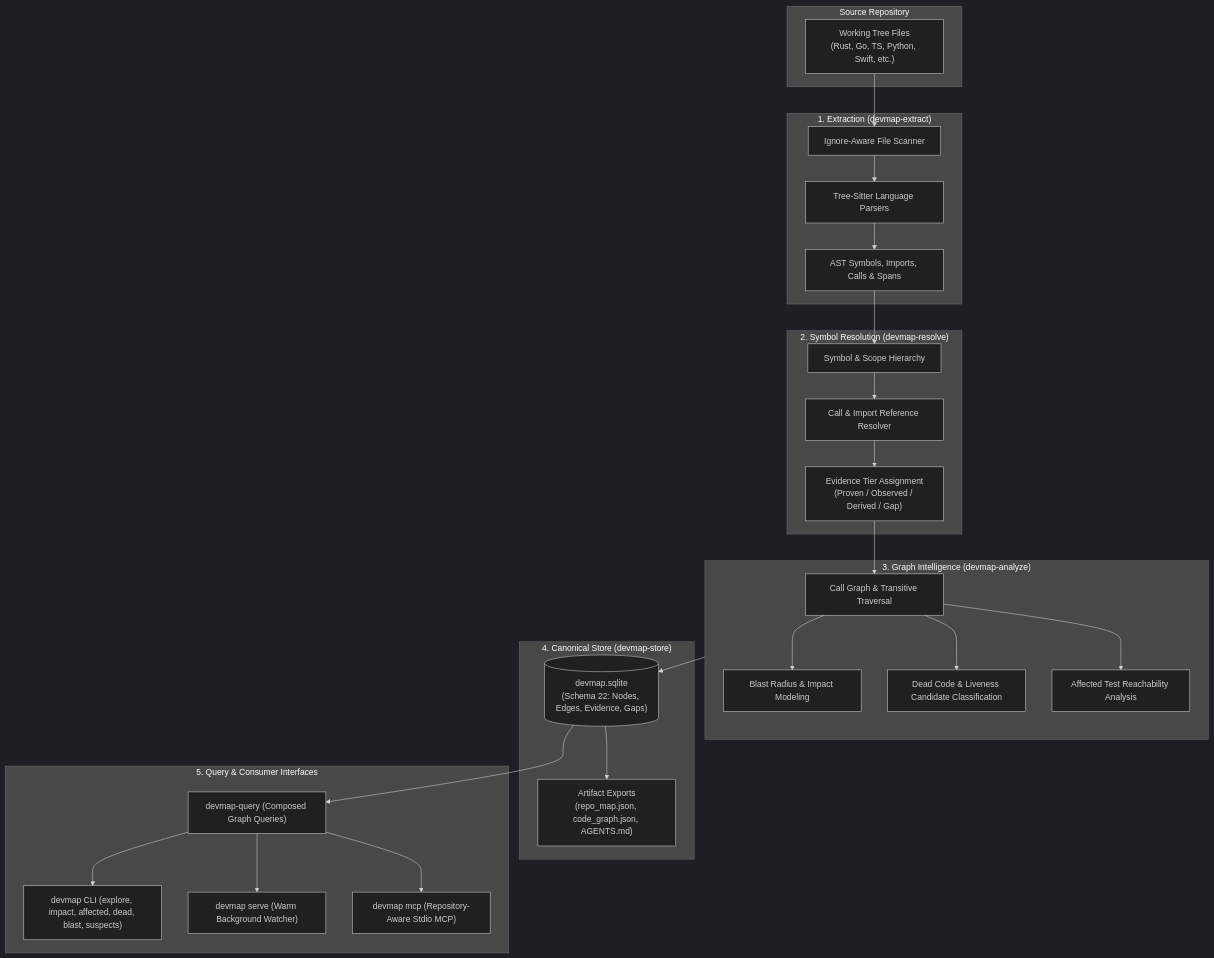
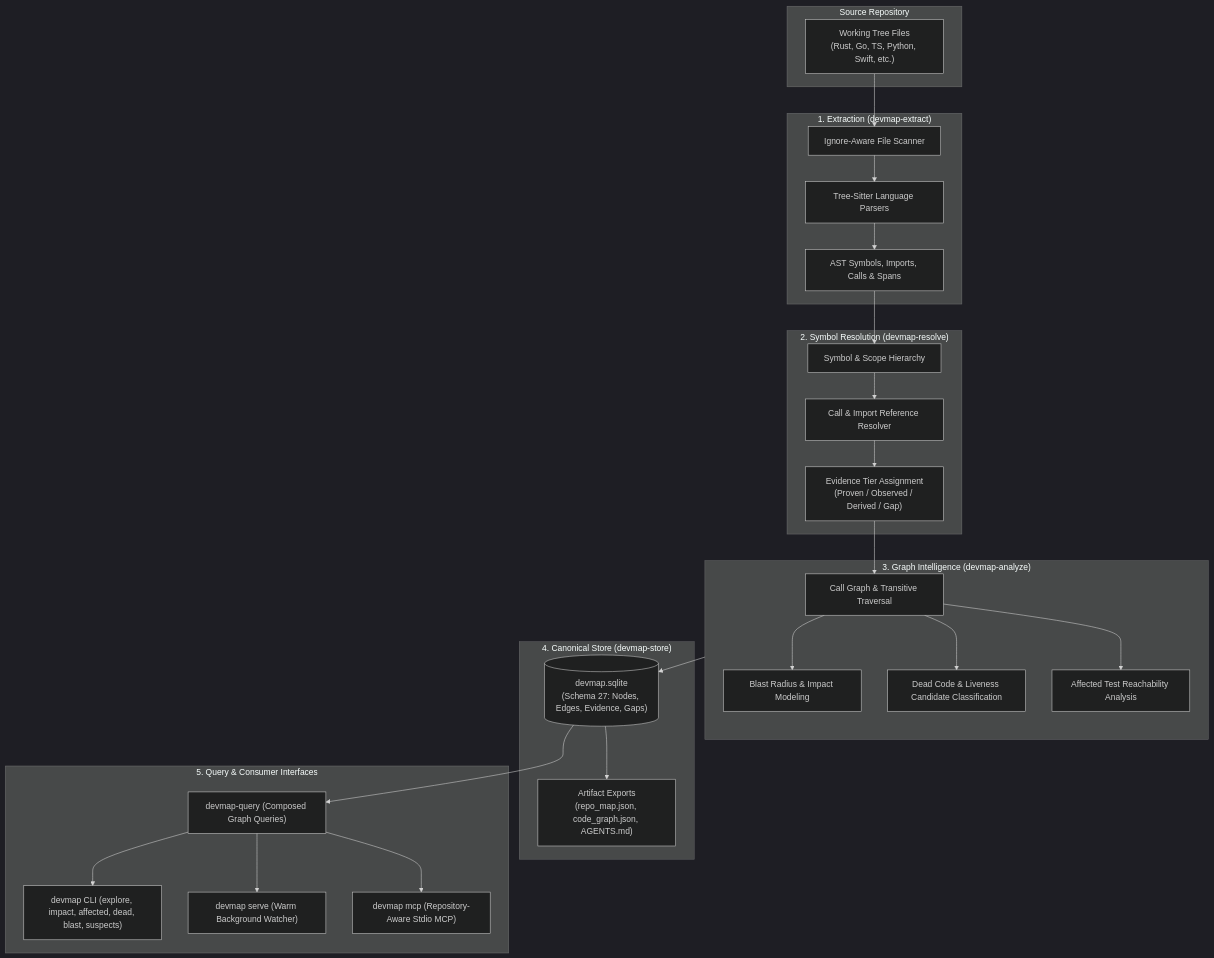
The first of 5 diagrams in docs/devmap/README.md (bharathvbcr/DevCouncil), drawn with Mermaid (dark theme) before and after one commit. The commit also changed other lines of this file and 4 other files, not shown here.

````diff
--- a/docs/devmap/README.md
+++ b/docs/devmap/README.md
@@ -42,52 +42,52 @@
 ```mermaid
 flowchart TD
     subgraph Source["Source Repository"]
         Files["Working Tree Files<br/>(Rust, Go, TS, Python, Swift, etc.)"]
     end
 
     subgraph Extraction["1. Extraction (devmap-extract)"]
         Scanner["Ignore-Aware File Scanner"]
         TreeSitter["Tree-Sitter Language Parsers"]
         ExtractedData["AST Symbols, Imports, Calls & Spans"]
         Scanner --> TreeSitter --> ExtractedData
     end
 
     subgraph Resolution["2. Symbol Resolution (devmap-resolve)"]
         SymTable["Symbol & Scope Hierarchy"]
         EdgeResolver["Call & Import Reference Resolver"]
         EvidenceTiers["Evidence Tier Assignment<br/>(Proven / Observed / Derived / Gap)"]
         SymTable --> EdgeResolver --> EvidenceTiers
     end
 
     subgraph Analysis["3. Graph Intelligence (devmap-analyze)"]
         CallGraph["Call Graph & Transitive Traversal"]
         BlastRadius["Blast Radius & Impact Modeling"]
         DeadCode["Dead Code & Liveness Candidate Classification"]
         TestReach["Affected Test Reachability Analysis"]
         CallGraph --> BlastRadius
         CallGraph --> DeadCode
         CallGraph --> TestReach
     end
 
     subgraph Storage["4. Canonical Store (devmap-store)"]
-        SQLiteStore[("devmap.sqlite<br/>(Schema 22: Nodes, Edges, Evidence, Gaps)")]
+        SQLiteStore[("devmap.sqlite<br/>(Schema 27: Nodes, Edges, Evidence, Gaps)")]
         ManifestExports["Artifact Exports<br/>(repo_map.json, code_graph.json, AGENTS.md)"]
     end
 
     subgraph Serving["5. Query & Consumer Interfaces"]
         QueryEngine["devmap-query (Composed Graph Queries)"]
         CLI["devmap CLI (explore, impact, affected, dead, blast, suspects)"]
         Daemon["devmap serve (Warm Background Watcher)"]
         MCP["devmap mcp (Repository-Aware Stdio MCP)"]
     end
 
     Files --> Scanner
     ExtractedData --> SymTable
     EvidenceTiers --> CallGraph
     Analysis --> SQLiteStore
     SQLiteStore --> ManifestExports
     SQLiteStore --> QueryEngine
     QueryEngine --> CLI
     QueryEngine --> Daemon
     QueryEngine --> MCP
 ```
````
